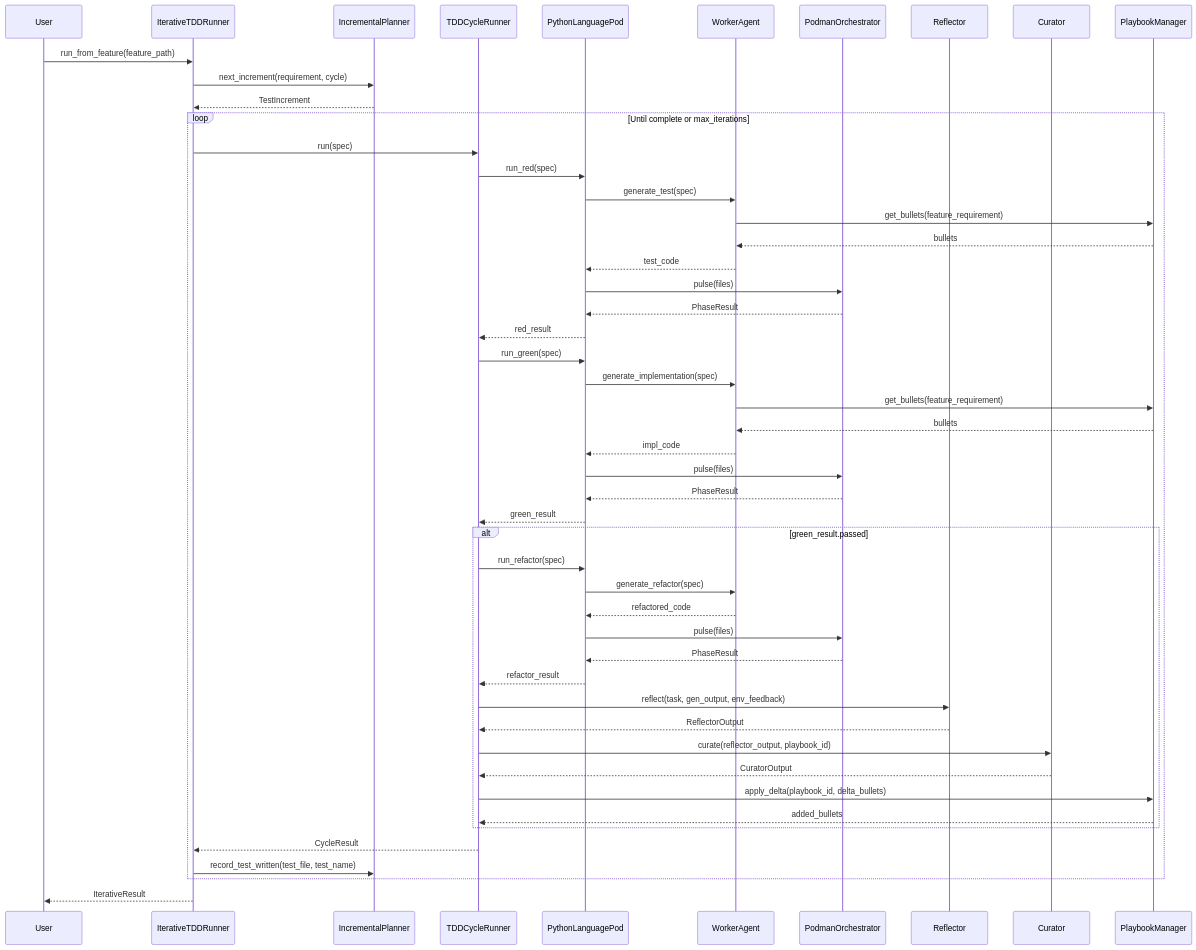
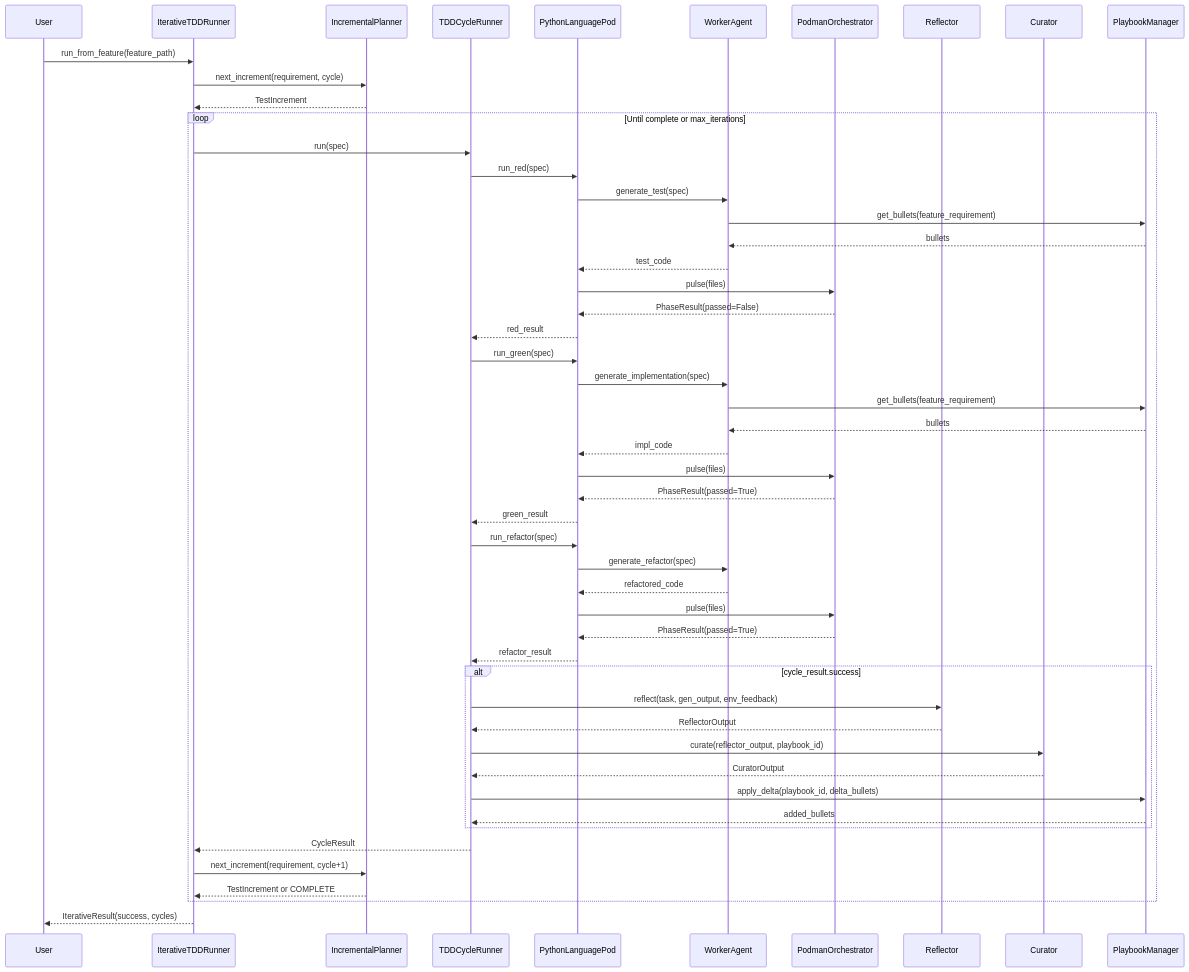
One commit to carlhuxley/ace_enterprise changed the diagram in docs/SYSTEM_ARCHITECTURE.md. Above: the diagram before and after it, drawn with Mermaid. The commit also changed other lines of this file and 4 other files, not shown here.

````diff
--- a/docs/SYSTEM_ARCHITECTURE.md
+++ b/docs/SYSTEM_ARCHITECTURE.md
@@ -39,60 +43,61 @@
 ```mermaid
 sequenceDiagram
     participant User
     participant IterativeTDDRunner
     participant IncrementalPlanner
     participant TDDCycleRunner
     participant PythonLanguagePod
     participant WorkerAgent
     participant PodmanOrchestrator
     participant Reflector
     participant Curator
     participant PlaybookManager
 
     User->>IterativeTDDRunner: run_from_feature(feature_path)
     IterativeTDDRunner->>IncrementalPlanner: next_increment(requirement, cycle)
     IncrementalPlanner-->>IterativeTDDRunner: TestIncrement
     
     loop Until complete or max_iterations
         IterativeTDDRunner->>TDDCycleRunner: run(spec)
         
         TDDCycleRunner->>PythonLanguagePod: run_red(spec)
         PythonLanguagePod->>WorkerAgent: generate_test(spec)
         WorkerAgent->>PlaybookManager: get_bullets(feature_requirement)
         PlaybookManager-->>WorkerAgent: bullets
         WorkerAgent-->>PythonLanguagePod: test_code
         PythonLanguagePod->>PodmanOrchestrator: pulse(files)
-        PodmanOrchestrator-->>PythonLanguagePod: PhaseResult
+        PodmanOrchestrator-->>PythonLanguagePod: PhaseResult(passed=False)
         PythonLanguagePod-->>TDDCycleRunner: red_result
         
         TDDCycleRunner->>PythonLanguagePod: run_green(spec)
         PythonLanguagePod->>WorkerAgent: generate_implementation(spec)
         WorkerAgent->>PlaybookManager: get_bullets(feature_requirement)
         PlaybookManager-->>WorkerAgent: bullets
         WorkerAgent-->>PythonLanguagePod: impl_code
         PythonLanguagePod->>PodmanOrchestrator: pulse(files)
-        PodmanOrchestrator-->>PythonLanguagePod: PhaseResult
+        PodmanOrchestrator-->>PythonLanguagePod: PhaseResult(passed=True)
         PythonLanguagePod-->>TDDCycleRunner: green_result
         
-        alt green_result.passed
-            TDDCycleRunner->>PythonLanguagePod: run_refactor(spec)
-            PythonLanguagePod->>WorkerAgent: generate_refactor(spec)
-            WorkerAgent-->>PythonLanguagePod: refactored_code
-            PythonLanguagePod->>PodmanOrchestrator: pulse(files)
-            PodmanOrchestrator-->>PythonLanguagePod: PhaseResult
-            PythonLanguagePod-->>TDDCycleRunner: refactor_result
-            
+        TDDCycleRunner->>PythonLanguagePod: run_refactor(spec)
+        PythonLanguagePod->>WorkerAgent: generate_refactor(spec)
+        WorkerAgent-->>PythonLanguagePod: refactored_code
+        PythonLanguagePod->>PodmanOrchestrator: pulse(files)
+        PodmanOrchestrator-->>PythonLanguagePod: PhaseResult(passed=True)
+        PythonLanguagePod-->>TDDCycleRunner: refactor_result
+        
+        alt cycle_result.success
             TDDCycleRunner->>Reflector: reflect(task, gen_output, env_feedback)
             Reflector-->>TDDCycleRunner: ReflectorOutput
             TDDCycleRunner->>Curator: curate(reflector_output, playbook_id)
             Curator-->>TDDCycleRunner: CuratorOutput
             TDDCycleRunner->>PlaybookManager: apply_delta(playbook_id, delta_bullets)
             PlaybookManager-->>TDDCycleRunner: added_bullets
         end
         
         TDDCycleRunner-->>IterativeTDDRunner: CycleResult
-        IterativeTDDRunner->>IncrementalPlanner: record_test_written(test_file, test_name)
+        IterativeTDDRunner->>IncrementalPlanner: next_increment(requirement, cycle+1)
+        IncrementalPlanner-->>IterativeTDDRunner: TestIncrement or COMPLETE
     end
     
-    IterativeTDDRunner-->>User: IterativeResult
+    IterativeTDDRunner-->>User: IterativeResult(success, cycles)
 ```
````
